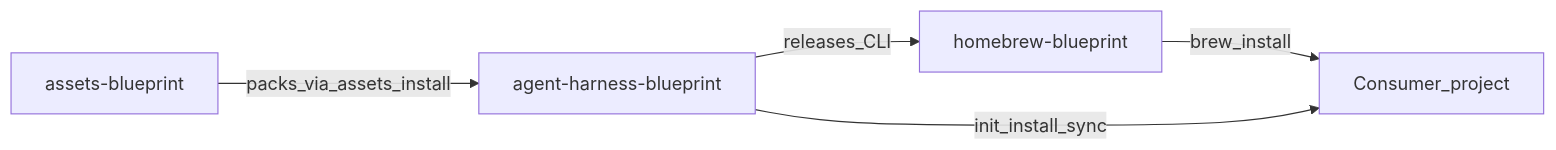
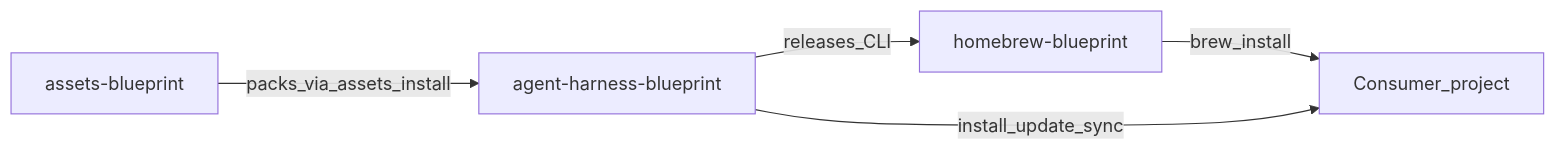
Before and after one commit to krerapus/agent-harness-blueprint: the diagram in docs/architecture-split.md, drawn with Mermaid. The commit also changed other lines of this file and 33 other files, not shown here.

````diff
--- a/docs/architecture-split.md
+++ b/docs/architecture-split.md
@@ -13,12 +13,12 @@
 ```mermaid
 flowchart LR
   cliRepo[agent-harness-blueprint]
   assetsRepo[assets-blueprint]
   brewRepo[homebrew-blueprint]
   user[Consumer_project]
 
   cliRepo -->|releases_CLI| brewRepo
   assetsRepo -->|packs_via_assets_install| cliRepo
   brewRepo -->|brew_install| user
-  cliRepo -->|init_install_sync| user
+  cliRepo -->|install_update_sync| user
 ```
````
